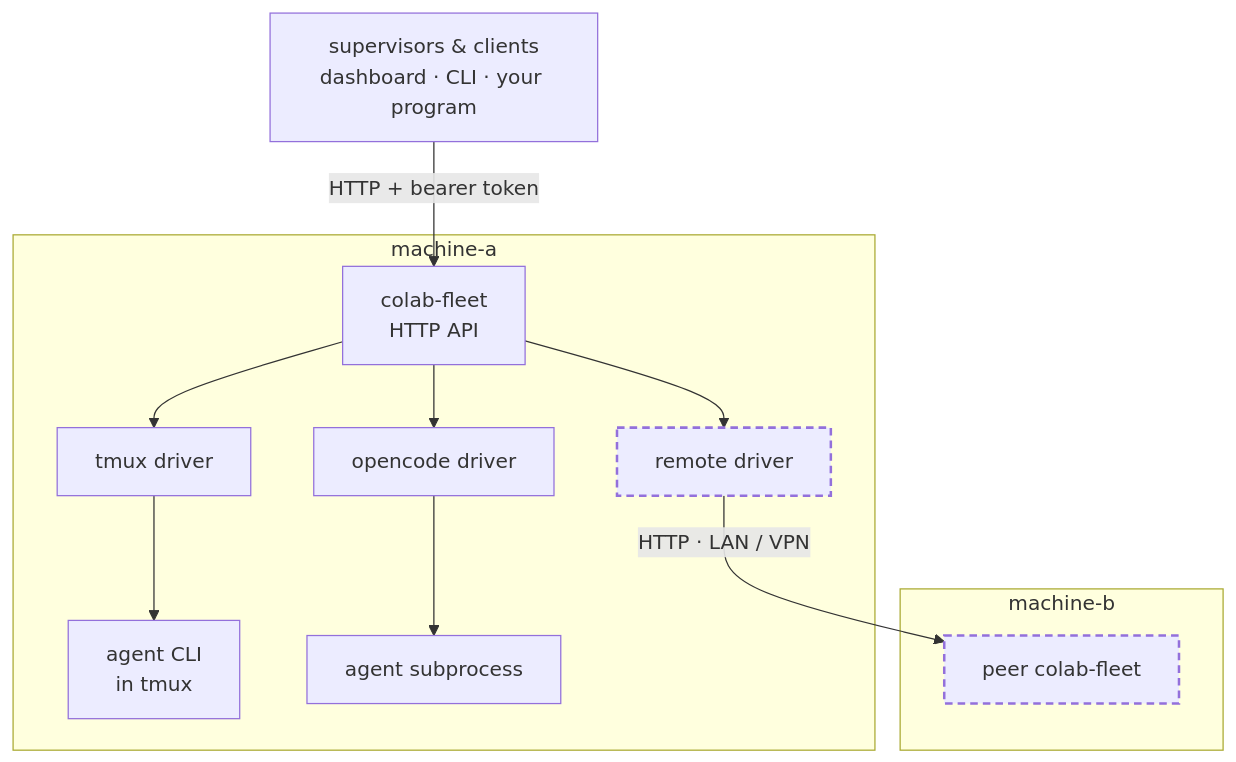
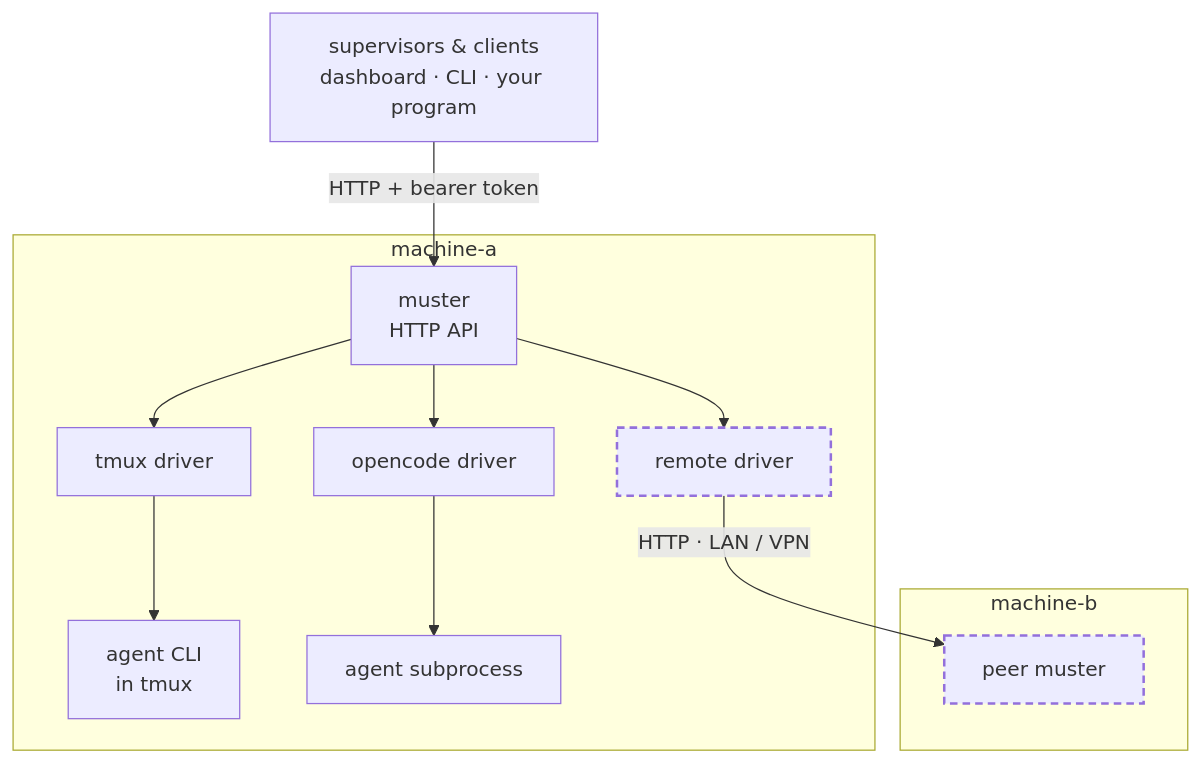
Before and after one commit to futurelastic/colab-fleet: the first of 4 diagrams in README.md, drawn with Mermaid. The commit also changed other lines of this file and 337 other files, not shown here.

First line of the commit message:
rename: colab-fleet becomes muster

````diff
--- a/README.md
+++ b/README.md
@@ -18,25 +18,25 @@
 ```mermaid
 flowchart TB
     C["supervisors & clients<br/>dashboard · CLI · your program"]
 
     subgraph MA["machine-a"]
-        S["colab-fleet<br/>HTTP API"]
+        S["muster<br/>HTTP API"]
         DT["tmux driver"]
         DO["opencode driver"]
         DR["remote driver"]
         CLI["agent CLI<br/>in tmux"]
         SUB["agent subprocess"]
     end
 
     subgraph MB["machine-b"]
-        P["peer colab-fleet"]
+        P["peer muster"]
     end
 
     C -- "HTTP + bearer token" --> S
     S --> DT --> CLI
     S --> DO --> SUB
     S --> DR -- "HTTP · LAN / VPN" --> P
 
     classDef hop stroke-width:2px,stroke-dasharray:6 4
     class DR,P hop
 ```
````
